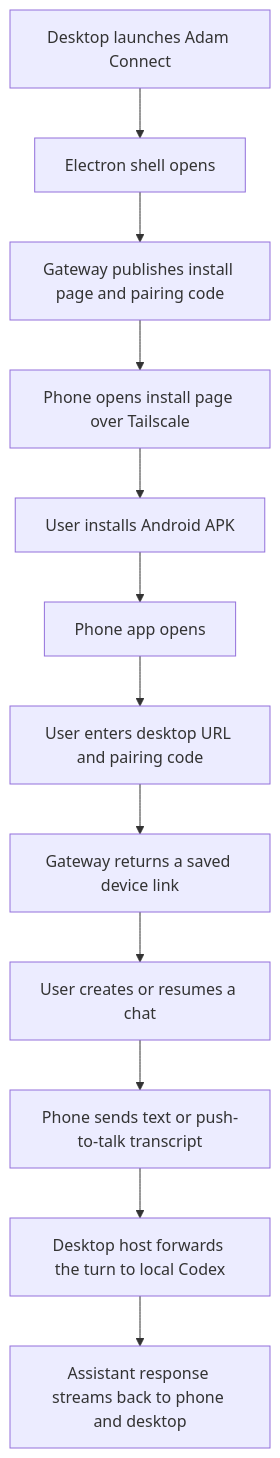
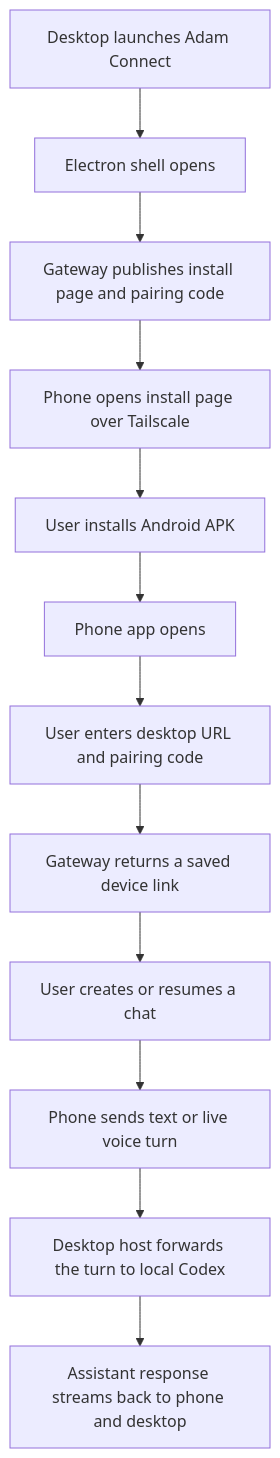
The diagram in docs/manual.md (Adamgdwn/codex_adam_connect), drawn with Mermaid before and after one commit. The commit also changed other lines of this file and 29 other files, not shown here.

````diff
--- a/docs/manual.md
+++ b/docs/manual.md
@@ -47,14 +47,14 @@
 ```mermaid
 flowchart TD
     A[Desktop launches Adam Connect] --> B[Electron shell opens]
     B --> C[Gateway publishes install page and pairing code]
     C --> D[Phone opens install page over Tailscale]
     D --> E[User installs Android APK]
     E --> F[Phone app opens]
     F --> G[User enters desktop URL and pairing code]
     G --> H[Gateway returns a saved device link]
     H --> I[User creates or resumes a chat]
-    I --> J[Phone sends text or push-to-talk transcript]
+    I --> J[Phone sends text or live voice turn]
     J --> K[Desktop host forwards the turn to local Codex]
     K --> L[Assistant response streams back to phone and desktop]
 ```
````
